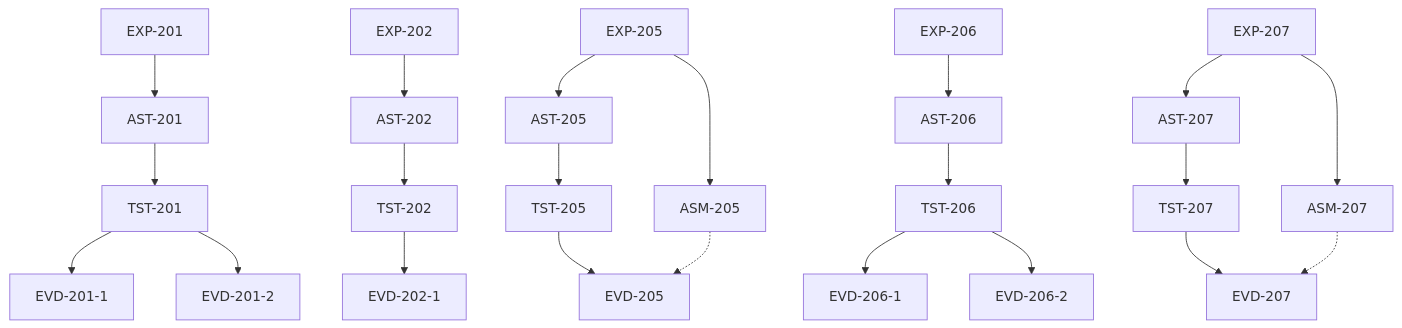
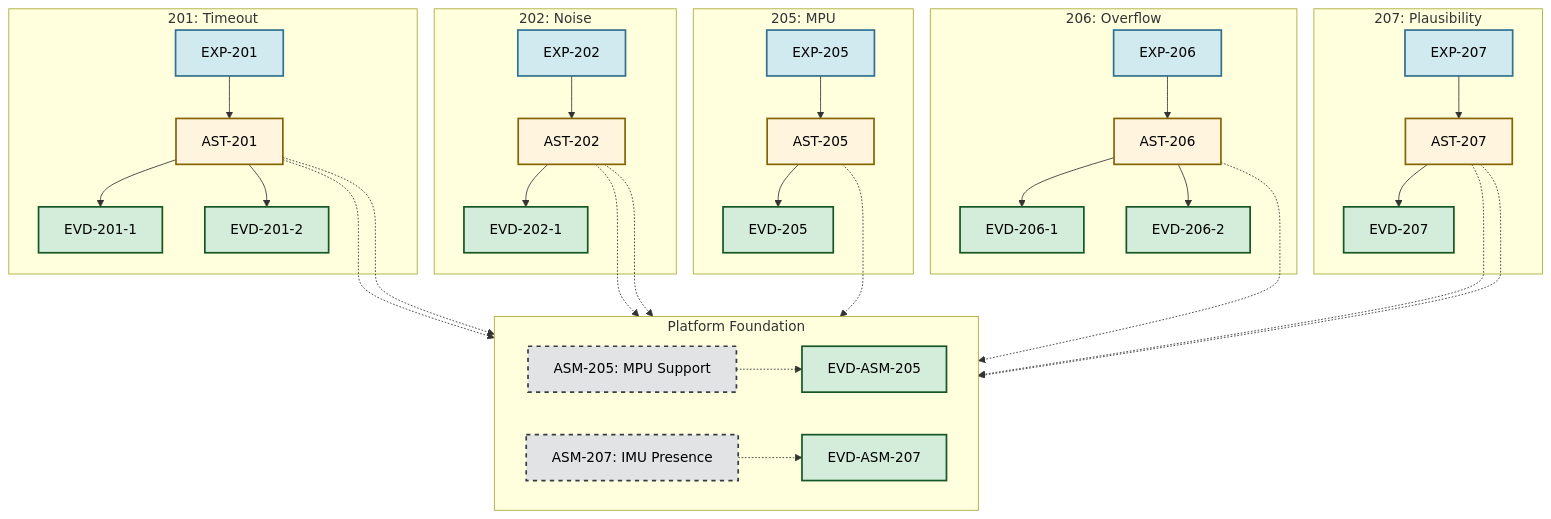
One commit to SEAME-pt/Team5_Senna_Tech changed the diagram in reqs/README.md. Above: the diagram before and after it, drawn with Mermaid. The commit also changed other lines of this file, not shown here.

Commit message:
= | refactor traceability diagram styling in README

```````diff
--- a/reqs/README.md
+++ b/reqs/README.md
@@ -35,35 +35,69 @@
 ```mermaid
 graph TD
-    %% Flow 201
-    EXP201[EXP-201] --> AST201[AST-201]
-    AST201 --> TST201[TST-201]
-    TST201 --> E201_1[EVD-201-1]
-    TST201 --> E201_2[EVD-201-2]
+    %% Styles Definition
+    classDef expectation fill:#d1eaf0,stroke:#31708f,stroke-width:2px,color:#000;
+    classDef assertion fill:#fff4dd,stroke:#856404,stroke-width:2px,color:#000;
+    classDef evidence fill:#d4edda,stroke:#155724,stroke-width:2px,color:#000;
+    classDef assumption fill:#e2e3e5,stroke:#383d41,stroke-width:2px,stroke-dasharray: 5 5,color:#000;
 
-    %% Flow 202
-    EXP202[EXP-202] --> AST202[AST-202]
-    AST202 --> TST202[TST-202]
-    TST202 --> E202_1[EVD-202-1]
+    %% Functional Requirements Layer
+    subgraph F201 [201: Timeout]
+        EXP201[EXP-201] --> AST201[AST-201]
+        AST201 --> E201_1[EVD-201-1]
+        AST201 --> E201_2[EVD-201-2]
+    end
 
-    %% Flow 205
-    EXP205[EXP-205] --> AST205[AST-205]
-    EXP205 --> ASM205[ASM-205]
-    AST205 --> TST205[TST-205]
-    TST205 --> E205[EVD-205]
-    ASM205 -.-> E205
+    subgraph F202 [202: Noise]
+        EXP202[EXP-202] --> AST202[AST-202]
+        AST202 --> E202_1[EVD-202-1]
+    end
 
-    %% Flow 206
-    EXP206[EXP-206] --> AST206[AST-206]
-    AST206 --> TST206[TST-206]
-    TST206 --> E206_1[EVD-206-1]
-    TST206 --> E206_2[EVD-206-2]
+    subgraph F205 [205: MPU]
+        EXP205[EXP-205] --> AST205[AST-205]
+        AST205 --> E205[EVD-205]
+    end
 
-    %% Flow 207
-    EXP207[EXP-207] --> AST207[AST-207]
-    EXP207 --> ASM207[ASM-207]
-    AST207 --> TST207[TST-207]
-    TST207 --> E207[EVD-207]
-    ASM207 -.-> E207
+    subgraph F206 [206: Overflow]
+        EXP206[EXP-206] --> AST206[AST-206]
+        AST206 --> E206_1[EVD-206-1]
+        AST206 --> E206_2[EVD-206-2]
+    end
+
+    subgraph F207 [207: Plausibility]
+        EXP207[EXP-207] --> AST207[AST-207]
+        AST207 --> E207[EVD-207]
+    end
+
+    %% Invisible Spacers to push foundation down
+    E201_1 ~~~ ASM205
+    E202_1 ~~~ ASM205
+    E205 ~~~ ASM205
+    E206_1 ~~~ ASM207
+    E207 ~~~ ASM207
+
+    %% Foundation Layer (Absolute Bottom)
+    subgraph Foundation [Platform Foundation]
+        direction LR
+        ASM205[ASM-205: MPU Support] -.-> E205_H[EVD-ASM-205]
+        
+        ASM207[ASM-207: IMU Presence] -.-> E207_H[EVD-ASM-207]
+    end
+
+    %% Infrastructure Support Links
+    AST201 -.-> ASM205
+    AST201 -.-> ASM207
+    AST202 -.-> ASM205
+    AST202 -.-> ASM207
+    AST205 -.-> ASM205
+    AST206 -.-> ASM205
+    AST207 -.-> ASM205
+    AST207 -.-> ASM207
+
+    %% Applying Classes
+    class EXP201,EXP202,EXP205,EXP206,EXP207 expectation;
+    class AST201,AST202,AST205,AST206,AST207 assertion;
+    class E201_1,E201_2,E202_1,E205,E206_1,E206_2,E207,E205_H,E207_H evidence;
+    class ASM205,ASM207 assumption;
 
     %% Links to files
     click EXP201 "./expectations/EXP-201.md"
@@ -74,15 +108,10 @@
     click AST201 "./assertions/AST-201.md"
     click AST202 "./assertions/AST-202.md"
     click AST205 "./assertions/AST-205.md"
-    click ASM205 "./assumptions/ASM-205.md"
     click AST206 "./assertions/AST-206.md"
     click AST207 "./assertions/AST-207.md"
+    click ASM205 "./assumptions/ASM-205.md"
     click ASM207 "./assumptions/ASM-207.md"
-    click TST201 "./test/"
-    click TST202 "./test/"
-    click TST205 "./test/"
-    click TST206 "./test/"
-    click TST207 "./test/"
     click E201_1 "./evidences/EVD-201-1.md"
     click E201_2 "./evidences/EVD-201-2.md"
     click E202_1 "./evidences/EVD-202-1.md"
@@ -90,4 +119,6 @@
     click E206_1 "./evidences/EVD-206-1.md"
     click E206_2 "./evidences/EVD-206-2.md"
     click E207 "./evidences/EVD-207.md"
-``````
+    click E205_H "./evidences/EVD-ASM-205.md"
+    click E207_H "./evidences/EVD-ASM-207.md"
+```
```````
